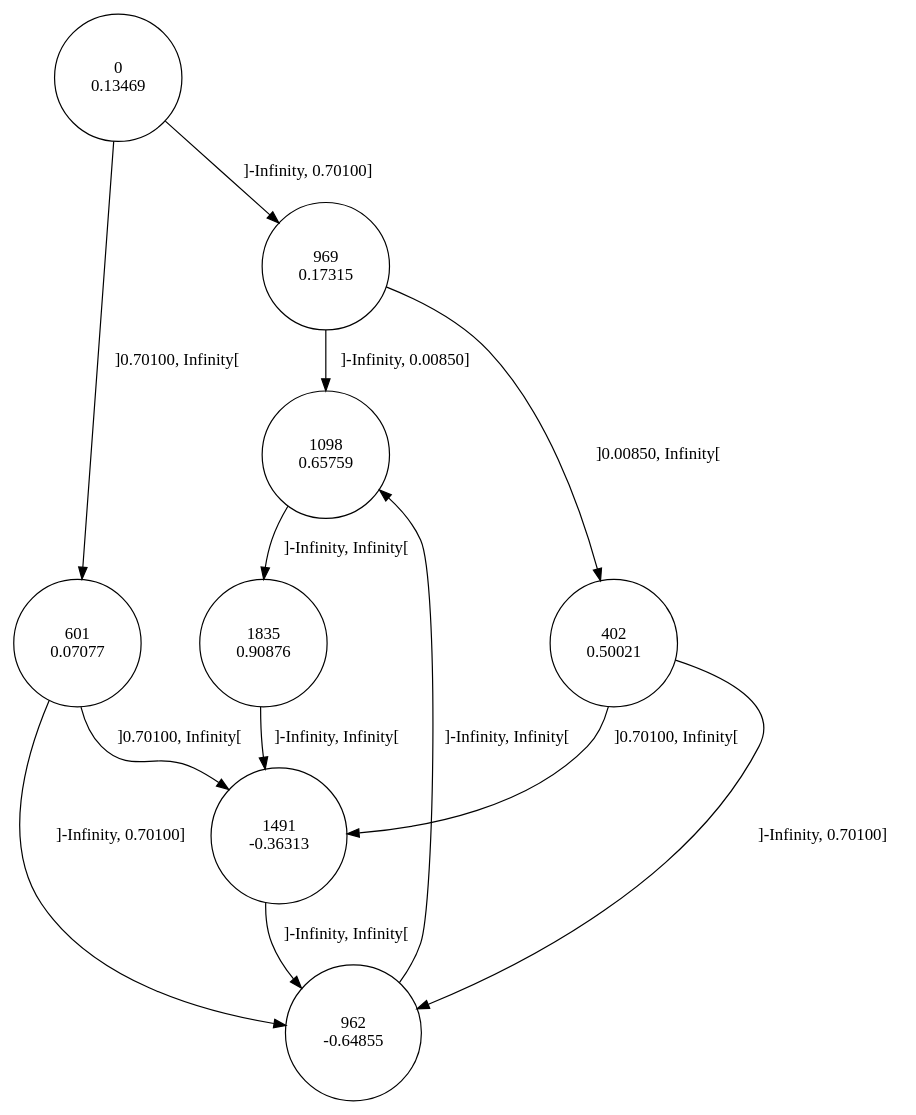
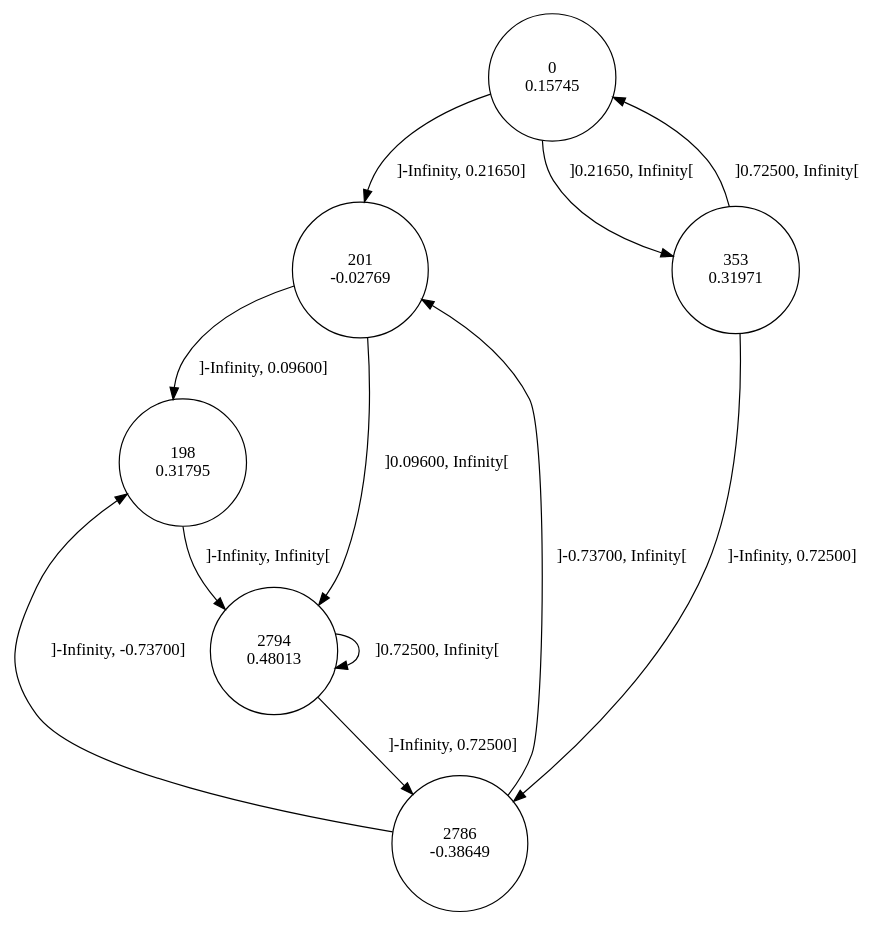
The diagram in distorced_sinus/data/0/rai.dot (gllpellegrino/RAI_experiments), drawn with Graphviz before and after one commit. The commit also changed 810 other files, not shown here.

```diff
--- a/distorced_sinus/data/0/rai.dot
+++ b/distorced_sinus/data/0/rai.dot
@@ -1,22 +1,19 @@
 digraph DFA {
-0 [shape=circle, label="0\n0.13469"];
-	0 -> 969 [label="]-Infinity, 0.70100]"];
-	0 -> 601 [label="]0.70100, Infinity["];
-601 [shape=circle, label="601\n0.07077"];
-	601 -> 962 [label="]-Infinity, 0.70100]"];
-	601 -> 1491 [label="]0.70100, Infinity["];
-1491 [shape=circle, label="1491\n-0.36313"];
-	1491 -> 962 [label="]-Infinity, Infinity["];
-962 [shape=circle, label="962\n-0.64855"];
-	962 -> 1098 [label="]-Infinity, Infinity["];
-1098 [shape=circle, label="1098\n0.65759"];
-	1098 -> 1835 [label="]-Infinity, Infinity["];
-1835 [shape=circle, label="1835\n0.90876"];
-	1835 -> 1491 [label="]-Infinity, Infinity["];
-969 [shape=circle, label="969\n0.17315"];
-	969 -> 1098 [label="]-Infinity, 0.00850]"];
-	969 -> 402 [label="]0.00850, Infinity["];
-402 [shape=circle, label="402\n0.50021"];
-	402 -> 962 [label="]-Infinity, 0.70100]"];
-	402 -> 1491 [label="]0.70100, Infinity["];
+0 [shape=circle, label="0\n0.15745"];
+	0 -> 201 [label="]-Infinity, 0.21650]"];
+	0 -> 353 [label="]0.21650, Infinity["];
+353 [shape=circle, label="353\n0.31971"];
+	353 -> 2786 [label="]-Infinity, 0.72500]"];
+	353 -> 0 [label="]0.72500, Infinity["];
+2786 [shape=circle, label="2786\n-0.38649"];
+	2786 -> 198 [label="]-Infinity, -0.73700]"];
+	2786 -> 201 [label="]-0.73700, Infinity["];
+201 [shape=circle, label="201\n-0.02769"];
+	201 -> 198 [label="]-Infinity, 0.09600]"];
+	201 -> 2794 [label="]0.09600, Infinity["];
+2794 [shape=circle, label="2794\n0.48013"];
+	2794 -> 2786 [label="]-Infinity, 0.72500]"];
+	2794 -> 2794 [label="]0.72500, Infinity["];
+198 [shape=circle, label="198\n0.31795"];
+	198 -> 2794 [label="]-Infinity, Infinity["];
 }
```
